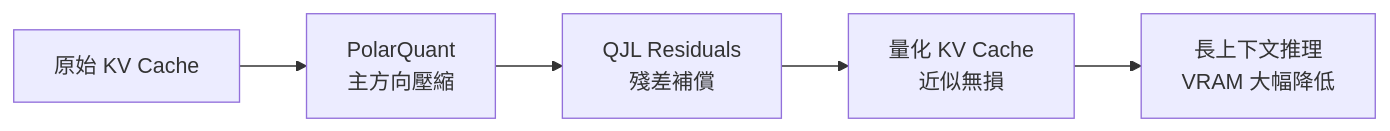
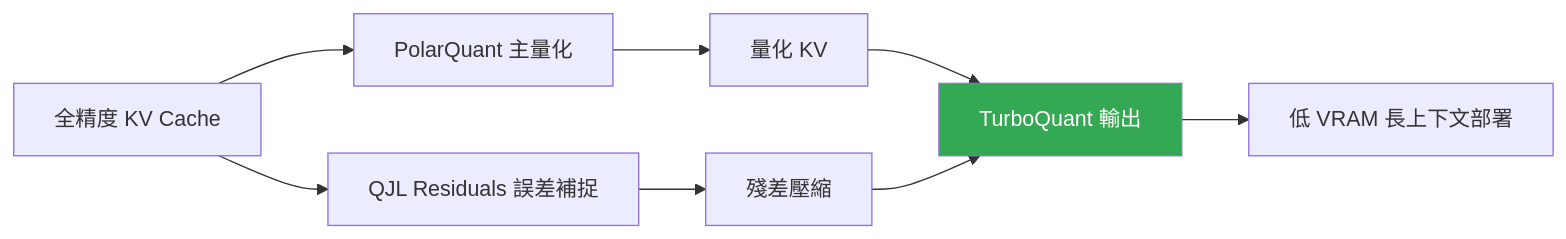
Before and after one commit to nick-xrex/ai-daily-content: the second of 2 diagrams in 20-daily/2026-04-19.md, drawn with Mermaid. The commit also changed other lines of this file and 492 other files, not shown here.

````diff
--- a/20-daily/2026-04-19.md
+++ b/20-daily/2026-04-19.md
@@ -67,7 +68,11 @@
 ```mermaid
 flowchart LR
-    A[原始 KV Cache] --> B[PolarQuant\n主方向壓縮]
-    B --> C[QJL Residuals\n殘差補償]
-    C --> D[量化 KV Cache\n近似無損]
-    D --> E[長上下文推理\nVRAM 大幅降低]
+    A[全精度 KV Cache] --> B[PolarQuant 主量化]
+    A --> C[QJL Residuals 誤差補捉]
+    B --> D[量化 KV]
+    C --> E[殘差壓縮]
+    D --> F[TurboQuant 輸出]
+    E --> F
+    F --> G[低 VRAM 長上下文部署]
+    style F fill:#34A853,color:#fff
 ```
````
